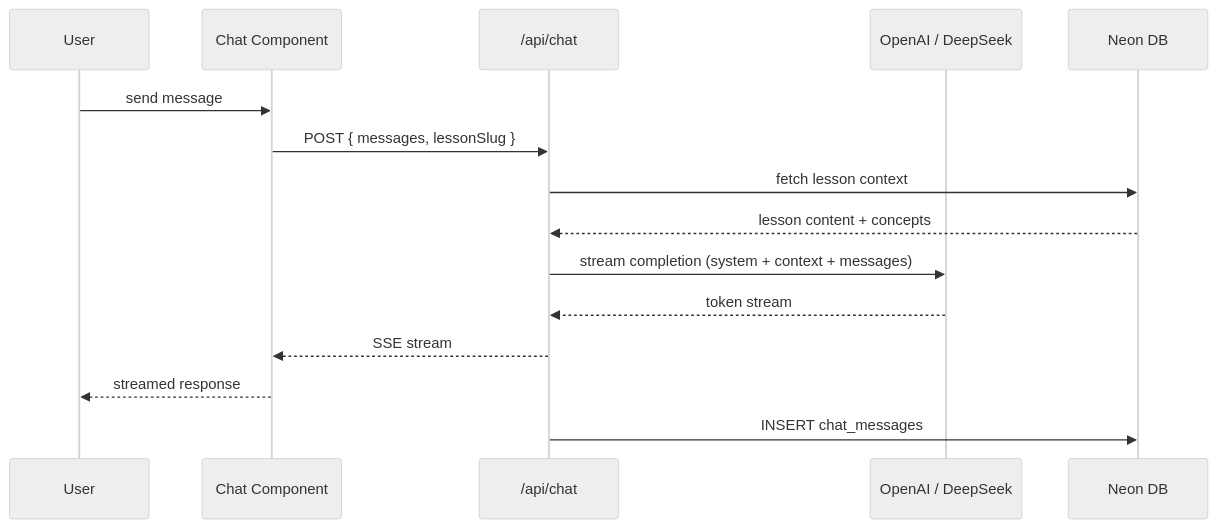
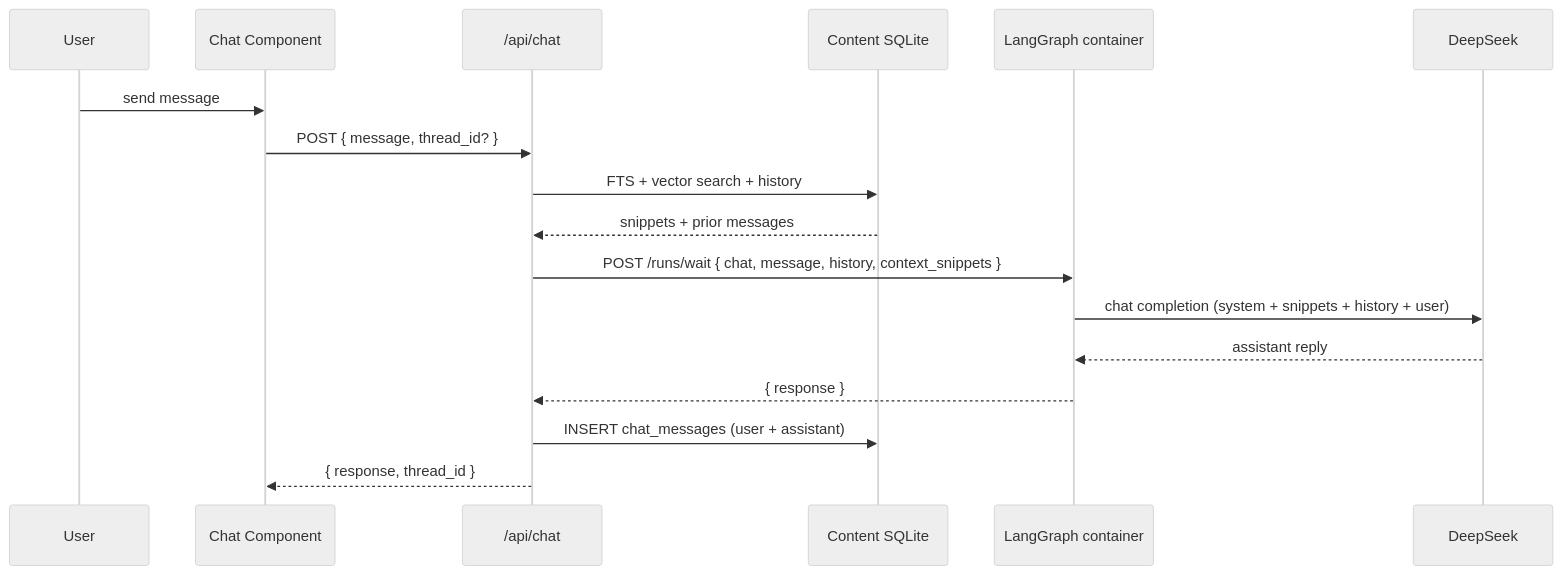
One commit to v9ai/ai-apps changed the fourth of 8 diagrams in apps/knowledge/README.md. Above: the diagram before and after it, drawn with Mermaid (neutral theme). The commit also changed other lines of this file and 6 other files, not shown here.

````diff
--- a/apps/knowledge/README.md
+++ b/apps/knowledge/README.md
@@ -158,18 +158,20 @@
 ```mermaid
 sequenceDiagram
     participant User
     participant ChatUI as Chat Component
     participant Route as /api/chat
-    participant LLM as OpenAI / DeepSeek
-    participant DB as Neon DB
+    participant CDB as Content SQLite
+    participant LG as LangGraph container
+    participant LLM as DeepSeek
 
     User->>ChatUI: send message
-    ChatUI->>Route: POST { messages, lessonSlug }
-    Route->>DB: fetch lesson context
-    DB-->>Route: lesson content + concepts
-    Route->>LLM: stream completion (system + context + messages)
-    LLM-->>Route: token stream
-    Route-->>ChatUI: SSE stream
-    ChatUI-->>User: streamed response
-    Route->>DB: INSERT chat_messages
+    ChatUI->>Route: POST { message, thread_id? }
+    Route->>CDB: FTS + vector search + history
+    CDB-->>Route: snippets + prior messages
+    Route->>LG: POST /runs/wait { chat, message, history, context_snippets }
+    LG->>LLM: chat completion (system + snippets + history + user)
+    LLM-->>LG: assistant reply
+    LG-->>Route: { response }
+    Route->>CDB: INSERT chat_messages (user + assistant)
+    Route-->>ChatUI: { response, thread_id }
 ```
````
